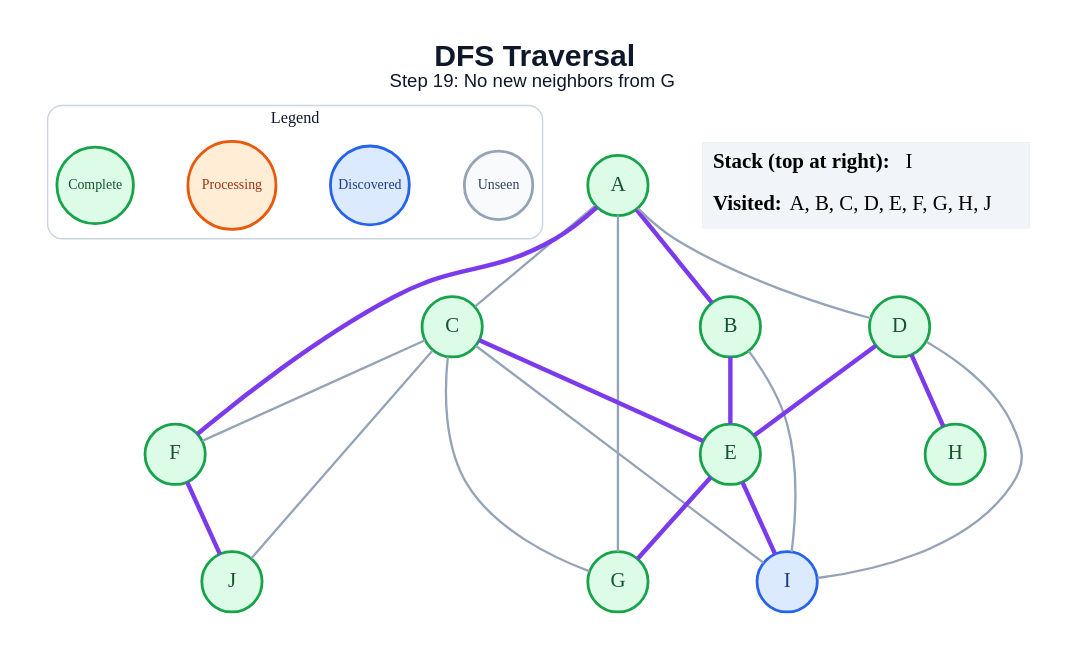
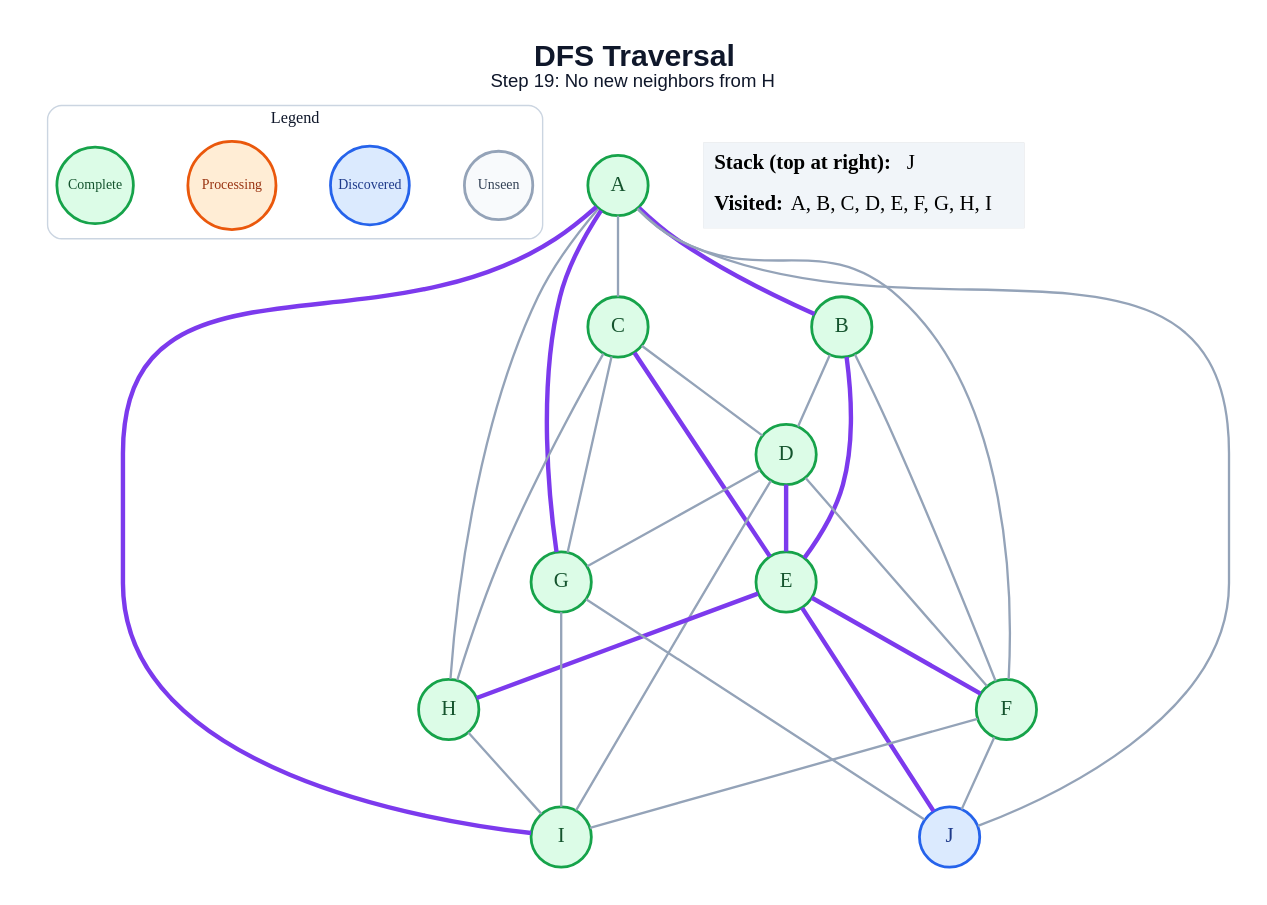
Before and after one commit to anon7238593-create/ai-slop: the diagram in generated/specific-node/dfs/step_19.dot, drawn with Graphviz. The commit also changed 178 other files, not shown here.

```diff
--- a/generated/specific-node/dfs/step_19.dot
+++ b/generated/specific-node/dfs/step_19.dot
@@ -1,47 +1,55 @@
 graph traversal {
   graph [layout=dot, rankdir=TB, bgcolor="#FFFFFF", pad="0.35", nodesep="0.65", ranksep="0.8", fontname="Arial"];
   node [shape=circle, style="filled", fontname="Arial Bold", fontsize=18, width=0.72, fixedsize=true, penwidth=2.4];
   edge [color="#94A3B8", penwidth=2.0];
-  label=<<B>DFS Traversal</B><BR/><FONT POINT-SIZE="16">Step 19: No new neighbors from G</FONT>>; labelloc="t"; fontsize=26; fontname="Arial"; fontcolor="#0F172A";
+  label=<<B>DFS Traversal</B><BR/><FONT POINT-SIZE="16">Step 19: No new neighbors from H</FONT>>; labelloc="t"; fontsize=26; fontname="Arial"; fontcolor="#0F172A";
   subgraph cluster_legend { label="Legend"; color="#CBD5E1"; penwidth=1.2; style="rounded"; fontsize=14; fontname="Arial Bold";
     key_unseen [label="Unseen", fillcolor="#F8FAFC", color="#94A3B8", fontcolor="#334155", fontsize=12, width=0.82];
     key_frontier [label="Discovered", fillcolor="#DBEAFE", color="#2563EB", fontcolor="#1E3A8A", fontsize=12, width=0.95];
     key_current [label="Processing", fillcolor="#FFEDD5", color="#EA580C", fontcolor="#9A3412", fontsize=12, width=1.05];
     key_done [label="Complete", fillcolor="#DCFCE7", color="#16A34A", fontcolor="#14532D", fontsize=12, width=0.92];
     { rank=same; key_unseen; key_frontier; key_current; key_done; }
   }
   A [fillcolor="#DCFCE7", color="#16A34A", fontcolor="#14532D"];
   B [fillcolor="#DCFCE7", color="#16A34A", fontcolor="#14532D"];
   C [fillcolor="#DCFCE7", color="#16A34A", fontcolor="#14532D"];
   D [fillcolor="#DCFCE7", color="#16A34A", fontcolor="#14532D"];
   E [fillcolor="#DCFCE7", color="#16A34A", fontcolor="#14532D"];
   F [fillcolor="#DCFCE7", color="#16A34A", fontcolor="#14532D"];
   G [fillcolor="#DCFCE7", color="#16A34A", fontcolor="#14532D"];
   H [fillcolor="#DCFCE7", color="#16A34A", fontcolor="#14532D"];
-  I [fillcolor="#DBEAFE", color="#2563EB", fontcolor="#1E3A8A"];
-  J [fillcolor="#DCFCE7", color="#16A34A", fontcolor="#14532D"];
+  I [fillcolor="#DCFCE7", color="#16A34A", fontcolor="#14532D"];
+  J [fillcolor="#DBEAFE", color="#2563EB", fontcolor="#1E3A8A"];
   A -- B [color="#7C3AED", penwidth=3.8];
   A -- C;
-  A -- D;
-  A -- F [color="#7C3AED", penwidth=3.8];
-  A -- G;
+  A -- F;
+  A -- G [color="#7C3AED", penwidth=3.8];
+  A -- H;
+  A -- I [color="#7C3AED", penwidth=3.8];
+  A -- J;
+  B -- D;
   B -- E [color="#7C3AED", penwidth=3.8];
-  B -- I;
+  B -- F;
+  C -- D;
   C -- E [color="#7C3AED", penwidth=3.8];
-  C -- F;
   C -- G;
-  C -- I;
-  C -- J;
+  C -- H;
   D -- E [color="#7C3AED", penwidth=3.8];
-  D -- H [color="#7C3AED", penwidth=3.8];
+  D -- F;
+  D -- G;
   D -- I;
-  E -- G [color="#7C3AED", penwidth=3.8];
-  E -- I [color="#7C3AED", penwidth=3.8];
-  F -- J [color="#7C3AED", penwidth=3.8];
+  E -- F [color="#7C3AED", penwidth=3.8];
+  E -- H [color="#7C3AED", penwidth=3.8];
+  E -- J [color="#7C3AED", penwidth=3.8];
+  F -- I;
+  F -- J;
+  G -- I;
+  G -- J;
+  H -- I;
   status [shape=plain, fixedsize=false, width=0, height=0, margin=0, label=<
     <TABLE BORDER="0" CELLBORDER="0" CELLPADDING="7" BGCOLOR="#F1F5F9">
-      <TR><TD ALIGN="LEFT"><B>Stack (top at right):</B> I</TD></TR>
-      <TR><TD ALIGN="LEFT"><B>Visited:</B> A, B, C, D, E, F, G, H, J</TD></TR>
+      <TR><TD ALIGN="LEFT"><B>Stack (top at right):</B> J</TD></TR>
+      <TR><TD ALIGN="LEFT"><B>Visited:</B> A, B, C, D, E, F, G, H, I</TD></TR>
     </TABLE>
   >];
 }
```
